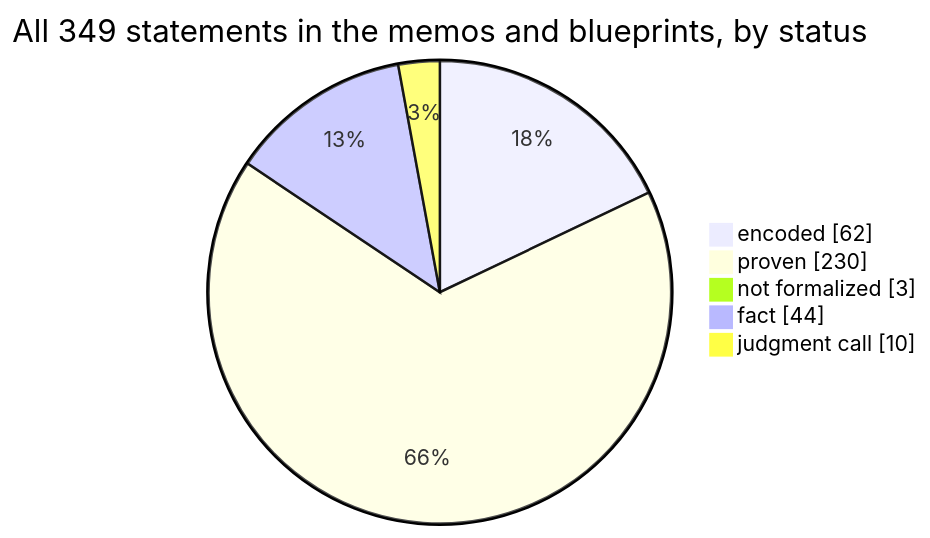
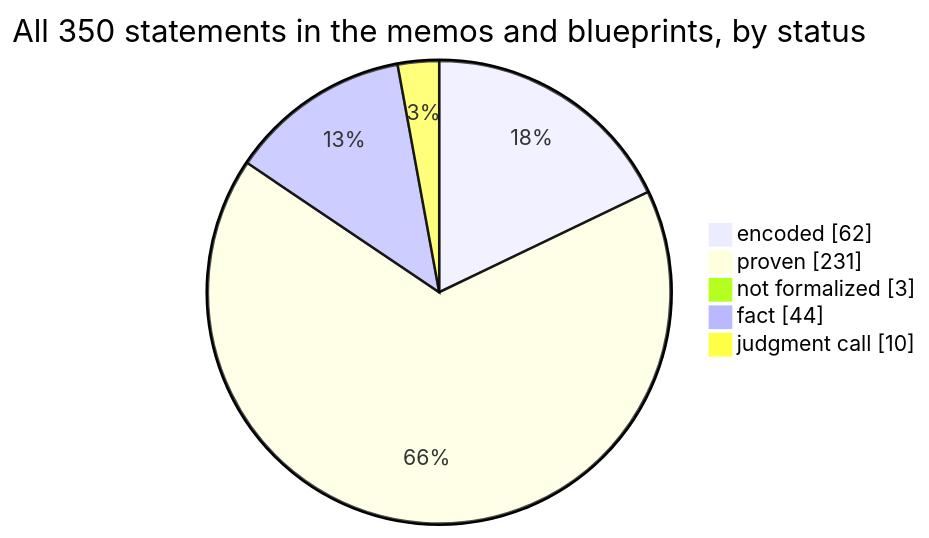
The first of 4 diagrams in docs/graphs/dashboard.md (SeanWMurray/Canteen), drawn with Mermaid before and after one commit. The commit also changed other lines of this file and 14 other files, not shown here.

````diff
--- a/docs/graphs/dashboard.md
+++ b/docs/graphs/dashboard.md
@@ -11,8 +11,8 @@
 ```mermaid
-pie showData title All 349 statements in the memos and blueprints, by status
+pie showData title All 350 statements in the memos and blueprints, by status
     "encoded" : 62
-    "proven" : 230
+    "proven" : 231
     "not formalized" : 3
     "fact" : 44
     "judgment call" : 10
 ```
````
